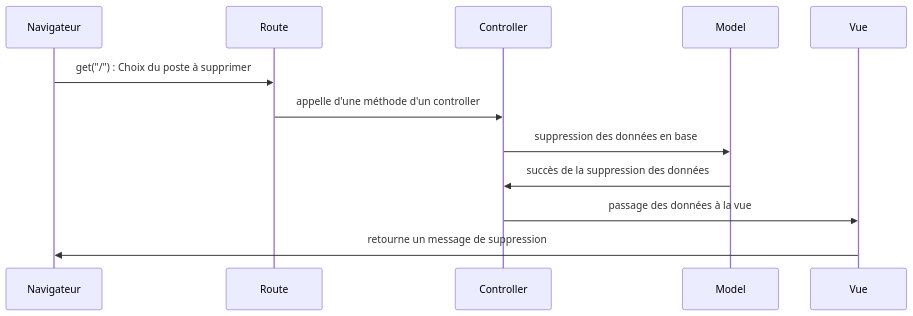
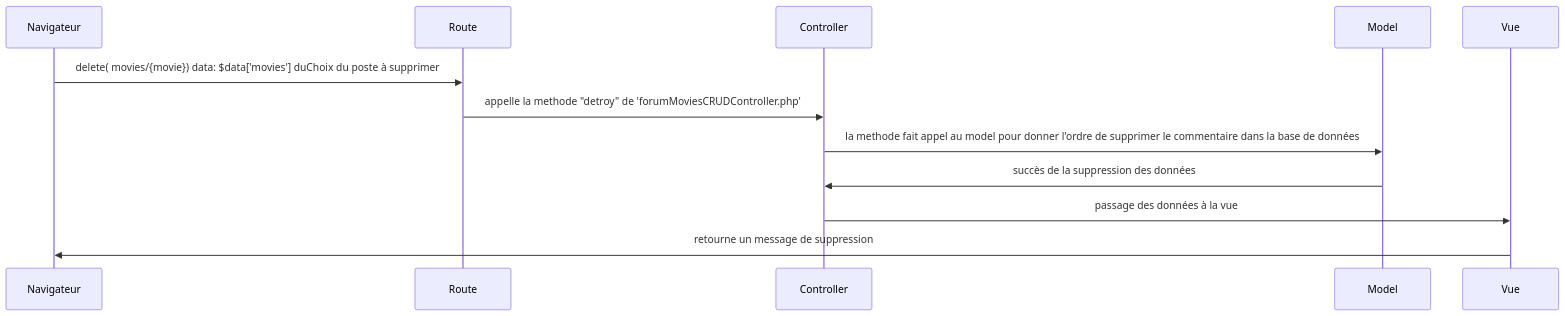
The fifth of 5 diagrams in README.md (Colossus1985/Sprint-07), drawn with Mermaid before and after one commit. The commit also changed other lines of this file and 1 other file, not shown here.

Commit message:
mis a jour uml

````diff
--- a/README.md
+++ b/README.md
@@ -96,16 +77,16 @@
 ```mermaid
 sequenceDiagram
 participant Navigateur
 participant Route
 participant Controller
 participant Model
 participant Vue
 
-Navigateur->>Route: get("/") : Choix du poste à supprimer
-Route->>Controller: appelle d'une méthode d'un controller
-Controller->>Model: suppression des données en base
+Navigateur->>Route: delete( movies/{movie}) data: $data['movies'] duChoix du poste à supprimer
+Route->>Controller: appelle la methode "detroy" de 'forumMoviesCRUDController.php'
+Controller->>Model: la methode fait appel au model pour donner l'ordre de supprimer le commentaire dans la base de données 
 Model->>Controller: succès de la suppression des données
 Controller->>Vue: passage des données à la vue
 Vue->>Navigateur: retourne un message de suppression
 
 ```
````
